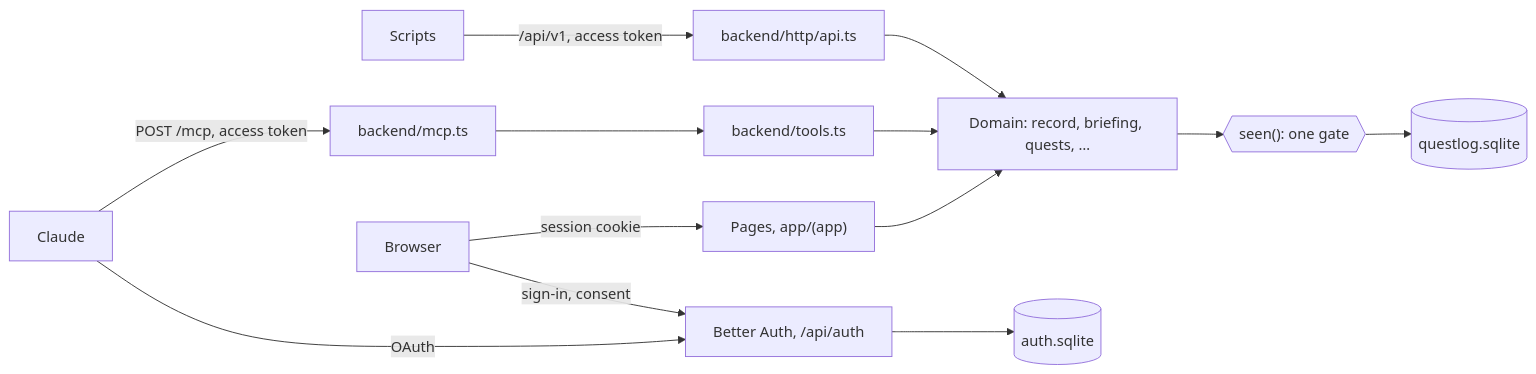
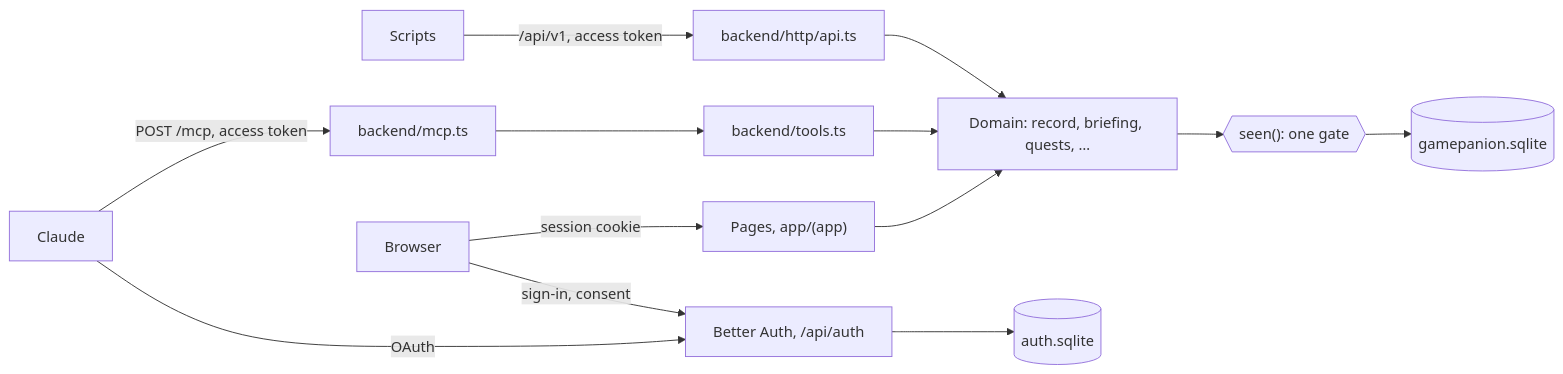
Before and after one commit to Marceltov/questlog: the first of 2 diagrams in docs/internals/how-it-works.md, drawn with Mermaid. The commit also changed other lines of this file and 66 other files, not shown here.

````diff
--- a/docs/internals/how-it-works.md
+++ b/docs/internals/how-it-works.md
@@ -5,15 +5,15 @@
 ```mermaid
 flowchart LR
   claude["Claude"] -- "POST /mcp, access token" --> mcp["backend/mcp.ts"]
   browser["Browser"] -- "session cookie" --> pages["Pages, app/(app)"]
   browser -- "sign-in, consent" --> auth["Better Auth, /api/auth"]
   claude -- "OAuth" --> auth
   script["Scripts"] -- "/api/v1, access token" --> api["backend/http/api.ts"]
   mcp --> tools["backend/tools.ts"]
   api --> domain
   tools --> domain["Domain: record, briefing, quests, …"]
   pages --> domain
   domain --> gate{{"seen(): one gate"}}
-  gate --> log[("questlog.sqlite")]
+  gate --> log[("gamepanion.sqlite")]
   auth --> authdb[("auth.sqlite")]
 ```
````
